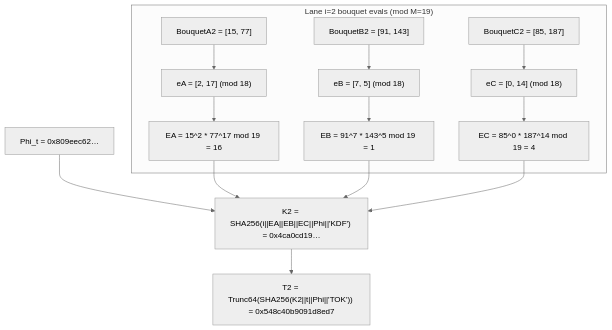
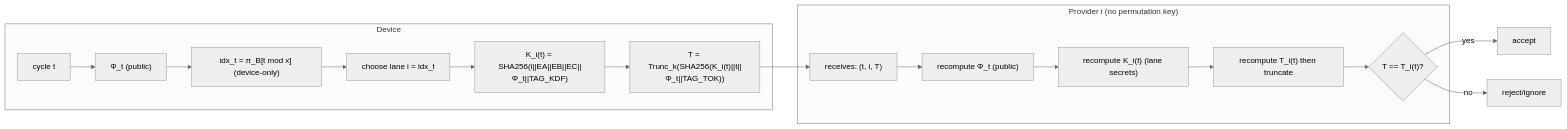
Before and after one commit to cekkr/phaselane-algorithm: the seventh of 10 diagrams in papers/main-paper.md, drawn with Mermaid. The commit also changed other lines of this file, not shown here.

````diff
--- a/papers/main-paper.md
+++ b/papers/main-paper.md
@@ -468,21 +423,22 @@
 ```mermaid
 %%{init: {"theme":"neutral","flowchart":{"curve":"basis"}} }%%
-flowchart TD
-  subgraph A2["Lane i=2 bouquet evals (mod M=19)"]
-    AIn["BouquetA2 = [15, 77]"] --> EAExp["eA = [2, 17] (mod 18)"]
-    EAExp --> EA["EA = 15^2 * 77^17 mod 19 = 16"]
-
-    BIn["BouquetB2 = [91, 143]"] --> EBExp["eB = [7, 5] (mod 18)"]
-    EBExp --> EB["EB = 91^7 * 143^5 mod 19 = 1"]
-
-    CIn["BouquetC2 = [85, 187]"] --> ECExp["eC = [0, 14] (mod 18)"]
-    ECExp --> EC["EC = 85^0 * 187^14 mod 19 = 4"]
+flowchart LR
+  subgraph Device
+    t["cycle t"] --> Phi["Φ_t (public)"]
+    Phi --> Perm["idx_t = π_B[t mod x] (device-only)"]
+    Perm --> Lane["choose lane i = idx_t"]
+    Lane --> Ki["K_i(t) = SHA256(i||EA||EB||EC||Φ_t||TAG_KDF)"]
+    Ki --> Tok["T = Trunc_k(SHA256(K_i(t)||t||Φ_t||TAG_TOK))"]
   end
 
-  PHI2["Phi_t = 0x809eec62…"] --> K2["K2 = SHA256(i||EA||EB||EC||Phi||'KDF') = 0x4ca0cd19…"]
-  EA --> K2
-  EB --> K2
-  EC --> K2
+  subgraph Provider_i["Provider i (no permutation key)"]
+    Rt["receives: (t, i, T)"] --> RPhi["recompute Φ_t (public)"]
+    RPhi --> RKi["recompute K_i(t) (lane secrets)"]
+    RKi --> RTok["recompute T_i(t) then truncate"]
+    RTok --> Check{"T == T_i(t)?"}
+  end
 
-  K2 --> TOK["T2 = Trunc64(SHA256(K2||t||Phi||'TOK')) = 0x548c40b9091d8ed7"]
+  Tok --> Rt
+  Check -->|yes| Accept["accept"]
+  Check -->|no| Reject["reject/ignore"]
 ```
````
